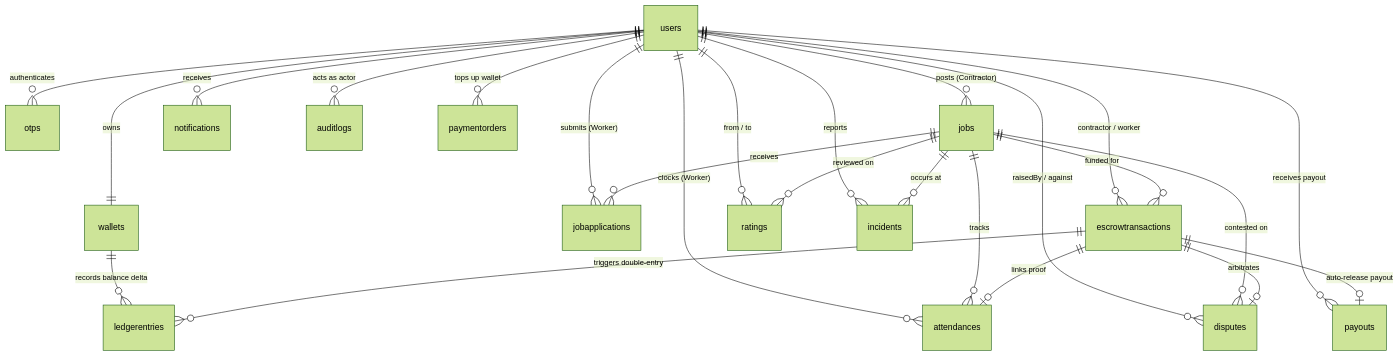
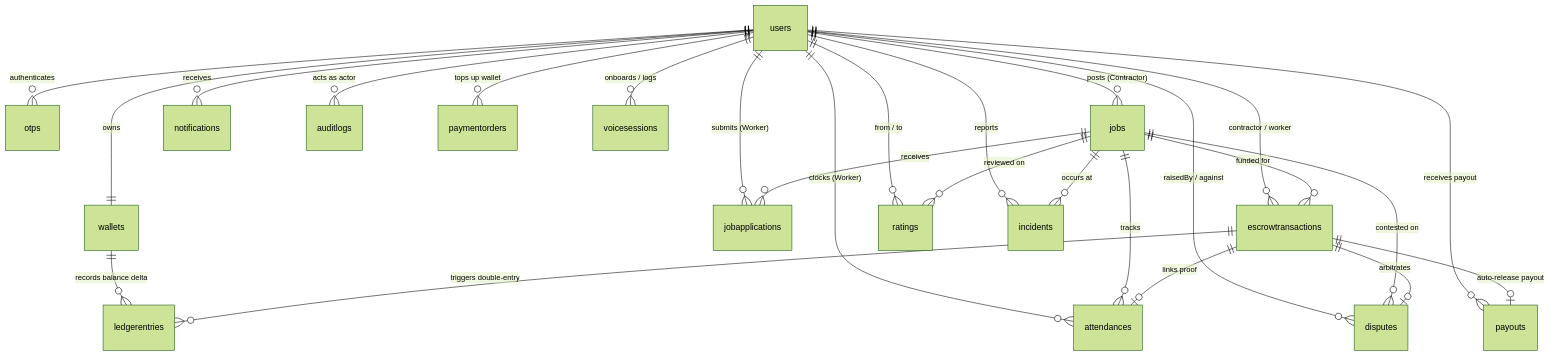
One commit to kasimshah19/WorkPulse changed the diagram in docs/db-schema.md. Above: the diagram before and after it, drawn with Mermaid (forest theme). The commit also changed other lines of this file and 51 other files, not shown here.

````diff
--- a/docs/db-schema.md
+++ b/docs/db-schema.md
@@ -23,29 +23,30 @@
 ```mermaid
 erDiagram
     users ||--o{ otps : "authenticates"
     users ||--|| wallets : "owns"
     users ||--o{ jobs : "posts (Contractor)"
     users ||--o{ jobapplications : "submits (Worker)"
     users ||--o{ attendances : "clocks (Worker)"
     users ||--o{ escrowtransactions : "contractor / worker"
     users ||--o{ ratings : "from / to"
     users ||--o{ incidents : "reports"
     users ||--o{ disputes : "raisedBy / against"
     users ||--o{ notifications : "receives"
     users ||--o{ auditlogs : "acts as actor"
     users ||--o{ paymentorders : "tops up wallet"
     users ||--o{ payouts : "receives payout"
+    users ||--o{ voicesessions : "onboards / logs"
 
     jobs ||--o{ jobapplications : "receives"
     jobs ||--o{ attendances : "tracks"
     jobs ||--o{ escrowtransactions : "funded for"
     jobs ||--o{ ratings : "reviewed on"
     jobs ||--o{ incidents : "occurs at"
     jobs ||--o{ disputes : "contested on"
 
     wallets ||--o{ ledgerentries : "records balance delta"
     escrowtransactions ||--o{ ledgerentries : "triggers double-entry"
     escrowtransactions ||--o| disputes : "arbitrates"
     escrowtransactions ||--o| attendances : "links proof"
     escrowtransactions ||--o| payouts : "auto-release payout"
 ```
````
